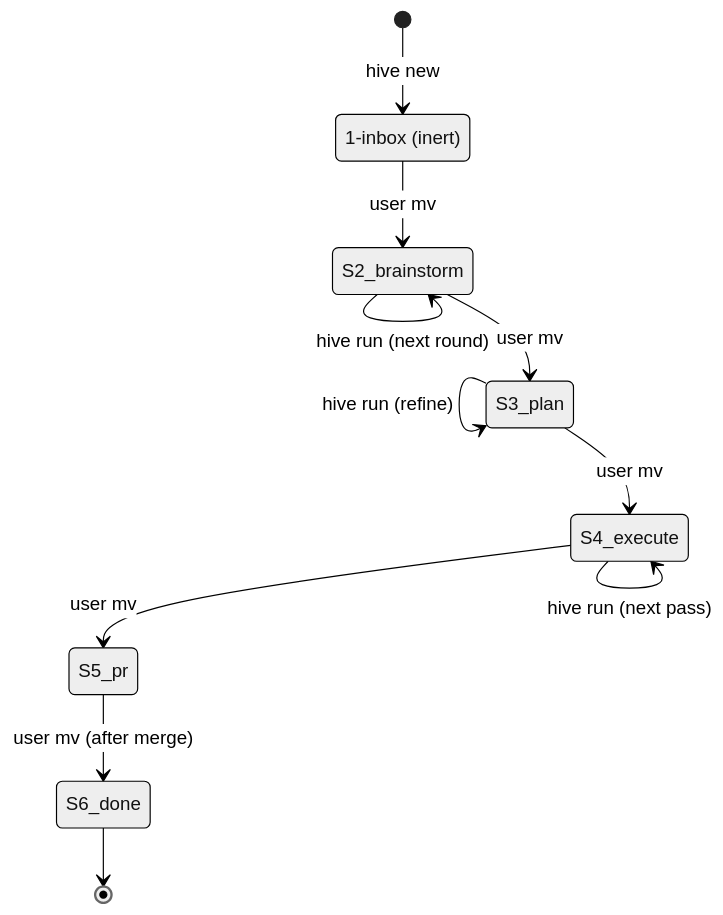
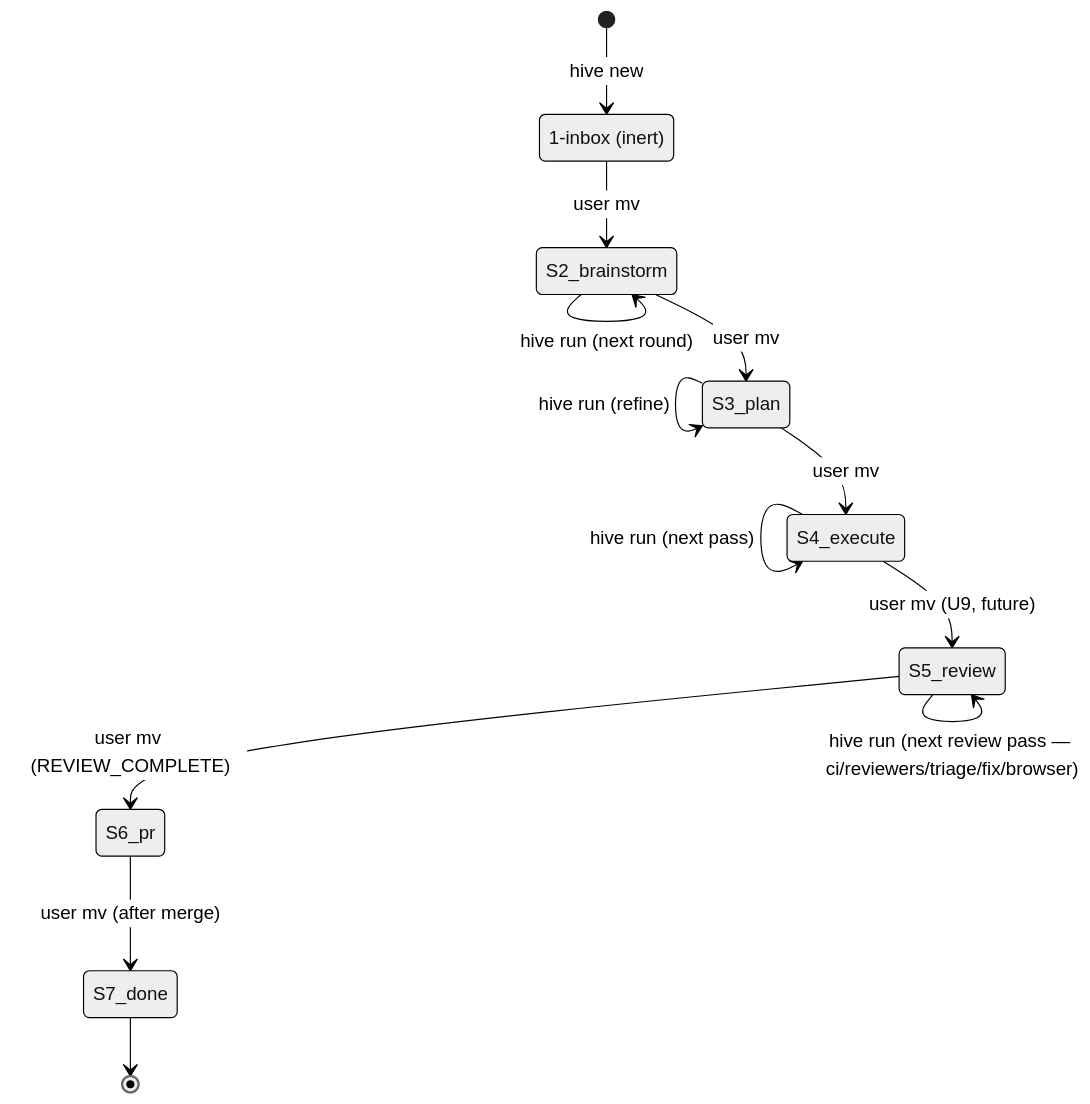
The diagram in wiki/state-model.md (ivankuznetsov/hive), drawn with Mermaid (neutral theme) before and after one commit. The commit also changed other lines of this file and 18 other files, not shown here.

````diff
--- a/wiki/state-model.md
+++ b/wiki/state-model.md
@@ -188,14 +188,16 @@
 ```mermaid
 stateDiagram-v2
     [*] --> S1_inbox: hive new
     S1_inbox: 1-inbox (inert)
     S1_inbox --> S2_brainstorm: user mv
     S2_brainstorm --> S2_brainstorm: hive run (next round)
     S2_brainstorm --> S3_plan: user mv
     S3_plan --> S3_plan: hive run (refine)
     S3_plan --> S4_execute: user mv
     S4_execute --> S4_execute: hive run (next pass)
-    S4_execute --> S5_pr: user mv
-    S5_pr --> S6_done: user mv (after merge)
-    S6_done --> [*]
+    S4_execute --> S5_review: user mv (U9, future)
+    S5_review --> S5_review: hive run (next review pass — ci/reviewers/triage/fix/browser)
+    S5_review --> S6_pr: user mv (REVIEW_COMPLETE)
+    S6_pr --> S7_done: user mv (after merge)
+    S7_done --> [*]
 ```
````
